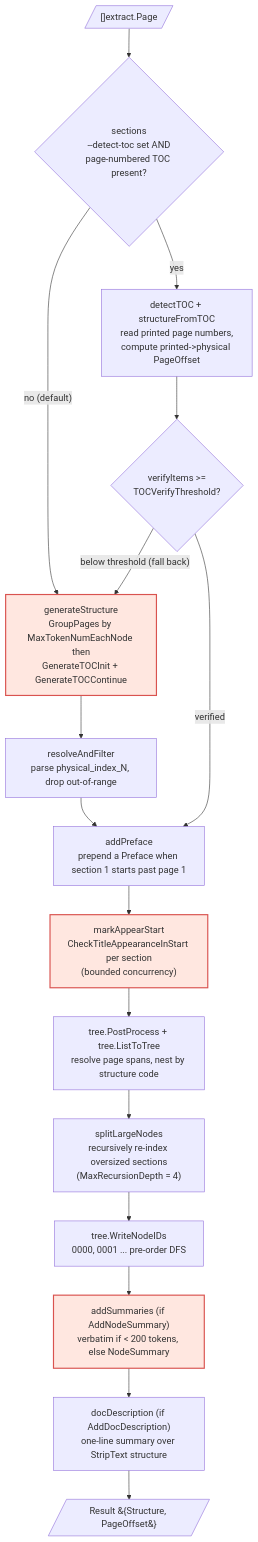
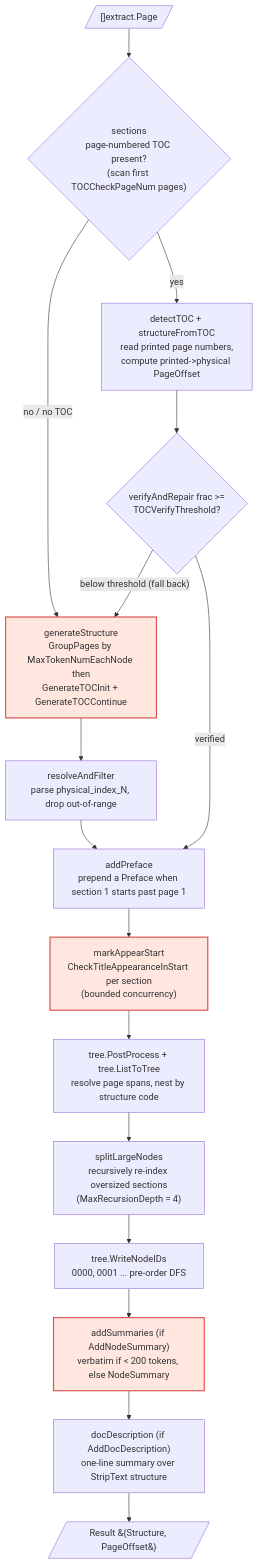
One commit to jjfantini/pindex changed the third of 7 diagrams in system_design/pindex/PindexSystemDesign.md. Above: the diagram before and after it, drawn with Mermaid. The commit also changed other lines of this file and 7 other files, not shown here.

First line of the commit message:
feat(index): make TOC detection the always-on path (remove --detect-toc)

````diff
--- a/system_design/pindex/PindexSystemDesign.md
+++ b/system_design/pindex/PindexSystemDesign.md
@@ -107,30 +109,30 @@
 ```mermaid
 flowchart TB
     P[/"[]extract.Page"/]
-    SEC{"sections<br/>--detect-toc set AND<br/>page-numbered TOC present?"}
+    SEC{"sections<br/>page-numbered TOC present?<br/>(scan first TOCCheckPageNum pages)"}
 
     G["generateStructure<br/>GroupPages by MaxTokenNumEachNode then<br/>GenerateTOCInit + GenerateTOCContinue"]
     RF["resolveAndFilter<br/>parse physical_index_N, drop out-of-range"]
 
     TOC["detectTOC + structureFromTOC<br/>read printed page numbers,<br/>compute printed-&gt;physical PageOffset"]
-    VER{"verifyItems &gt;=<br/>TOCVerifyThreshold?"}
+    VER{"verifyAndRepair frac &gt;=<br/>TOCVerifyThreshold?"}
 
     PRE["addPreface<br/>prepend a Preface when section 1 starts past page 1"]
     MA["markAppearStart<br/>CheckTitleAppearanceInStart per section<br/>(bounded concurrency)"]
     PP["tree.PostProcess + tree.ListToTree<br/>resolve page spans, nest by structure code"]
     SL["splitLargeNodes<br/>recursively re-index oversized sections<br/>(MaxRecursionDepth = 4)"]
     ID["tree.WriteNodeIDs<br/>0000, 0001 ... pre-order DFS"]
     SUM["addSummaries (if AddNodeSummary)<br/>verbatim if &lt; 200 tokens, else NodeSummary"]
     DD["docDescription (if AddDocDescription)<br/>one-line summary over StripText structure"]
     OUT[/"Result &#123;Structure, PageOffset&#125;"/]
 
     P --> SEC
-    SEC -->|"no (default)"| G --> RF --> PRE
+    SEC -->|"no / no TOC"| G --> RF --> PRE
     SEC -->|"yes"| TOC --> VER
     VER -->|"verified"| PRE
     VER -->|"below threshold (fall back)"| G
     PRE --> MA --> PP --> SL --> ID --> SUM --> DD --> OUT
 
     classDef crit fill:#ffe7e0,stroke:#d9534f,stroke-width:2px;
     class G,MA,SUM crit
 ```
````
